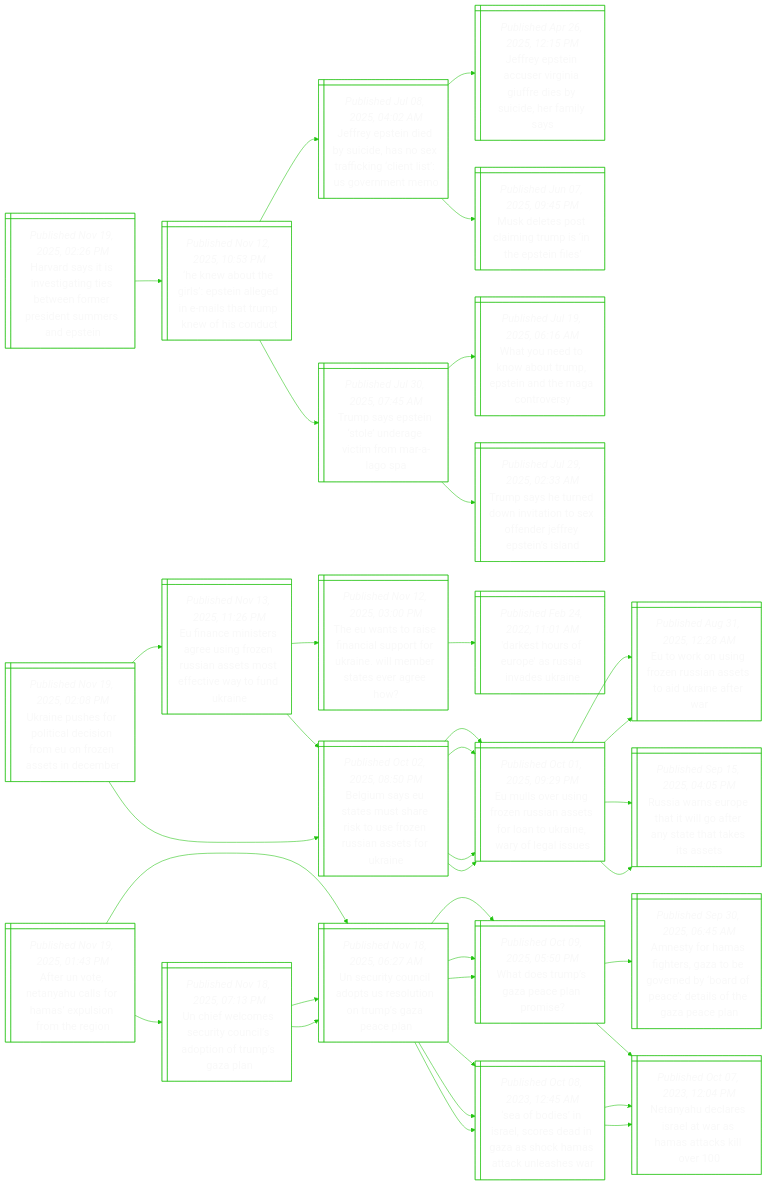
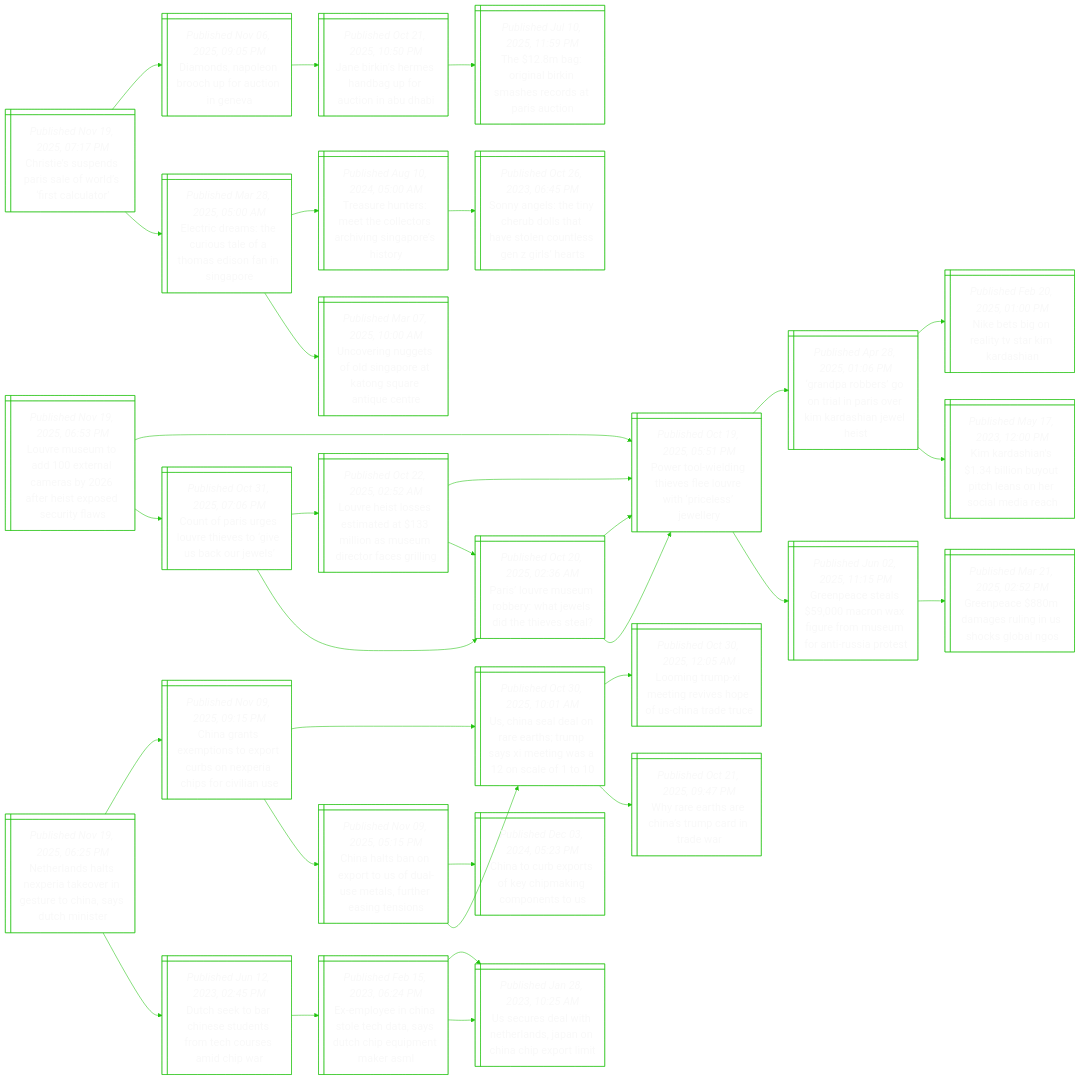
The diagram in README.md (notJmes/notJmes), drawn with Mermaid before and after one commit. The commit also changed other lines of this file, not shown here.

````diff
--- a/README.md
+++ b/README.md
@@ -16,118 +16,109 @@
 flowchart LR
 classDef txtsize font-size:20px;
 
-Hrsitiewopduspn@{ shape: win-pane, label: "_Published Nov 19, 2025, 02:26 PM_
-Harvard says it is investigating ties between former president summers and epstein" }
-HwtipngesTkfot@{ shape: win-pane, label: "_Published Nov 12, 2025, 10:53 PM_
-‘he knew about the girls’: epstein alleged in e-mails that trump knew of his conduct" }
-Jetisdntigntvem@{ shape: win-pane, label: "_Published Jul 08, 2025, 04:02 AM_
-Jeffrey epstein died by suicide, has no sex trafficking ‘client list’: us government memo" }
-Jetcriiebceiy@{ shape: win-pane, label: "_Published Apr 26, 2025, 12:15 PM_
-Jeffrey epstein accuser virginia giuffre dies by suicide, her family says" }
-MesciuiEie@{ shape: win-pane, label: "_Published Jun 07, 2025, 09:45 PM_
-Musk deletes post claiming trump is ‘in the epstein files’" }
-Tspnerifag@{ shape: win-pane, label: "_Published Jul 30, 2025, 07:45 AM_
-Trump says epstein ‘stole’ underage victim from mar-a-lago spa" }
-WodoumtnMov@{ shape: win-pane, label: "_Published Jul 19, 2025, 06:16 AM_
-What you need to know about trump, epstein and the maga controversy" }
-Tseentnxneyes@{ shape: win-pane, label: "_Published Jul 29, 2025, 02:33 AM_
-Trump says he turned down invitation to sex offender jeffrey epstein’s island" }
+Ctudieriaa@{ shape: win-pane, label: "_Published Nov 19, 2025, 07:17 PM_
+Christie’s suspends paris sale of world’s ‘first calculator’" }
+Dnpncotnv@{ shape: win-pane, label: "_Published Nov 06, 2025, 09:05 PM_
+Diamonds, napoleon brooch up for auction in geneva" }
+Jisedpunui@{ shape: win-pane, label: "_Published Oct 21, 2025, 10:50 PM_
+Jane birkin’s hermes handbag up for auction in abu dhabi" }
+TagBnhcait@{ shape: win-pane, label: "_Published Jul 10, 2025, 11:59 PM_
+The $12.8m bag: original birkin smashes records at paris auction" }
+Erehiaaasnnr@{ shape: win-pane, label: "_Published Mar 28, 2025, 05:00 AM_
+Electric dreams: the curious tale of a thomas edison fan in singapore" }
+TunMhlrhgaso@{ shape: win-pane, label: "_Published Aug 10, 2024, 05:00 AM_
+Treasure hunters: meet the collectors archiving singapore’s history" }
+SAsieohvlusZst@{ shape: win-pane, label: "_Published Oct 26, 2023, 06:45 PM_
+Sonny angels: the tiny cherub dolls that have stolen countless gen z girls’ hearts" }
+UentlgetqAut@{ shape: win-pane, label: "_Published Mar 07, 2025, 10:00 AM_
+Uncovering nuggets of old singapore at katong square antique centre" }
 
-Hrsitiewopduspn:::txtsize --> HwtipngesTkfot:::txtsize
-HwtipngesTkfot:::txtsize --> Jetisdntigntvem:::txtsize
-Jetisdntigntvem:::txtsize --> Jetcriiebceiy:::txtsize
-Jetisdntigntvem:::txtsize --> MesciuiEie:::txtsize
-HwtipngesTkfot:::txtsize --> Tspnerifag:::txtsize
-Tspnerifag:::txtsize --> WodoumtnMov:::txtsize
-Tspnerifag:::txtsize --> Tseentnxneyes:::txtsize
+Ctudieriaa:::txtsize --> Dnpncotnv:::txtsize
+Dnpncotnv:::txtsize --> Jisedpunui:::txtsize
+Jisedpunui:::txtsize --> TagBnhcait:::txtsize
+Ctudieriaa:::txtsize --> Erehiaaasnnr:::txtsize
+Erehiaaasnnr:::txtsize --> TunMhlrhgaso:::txtsize
+TunMhlrhgaso:::txtsize --> SAsieohvlusZst:::txtsize
+Erehiaaasnnr:::txtsize --> UentlgetqAut:::txtsize
 
-UnhrtdioneeDb@{ shape: win-pane, label: "_Published Nov 19, 2025, 02:08 PM_
-Ukraine pushes for political decision from eu on frozen assets in december" }
-Eaieriounttcwfke@{ shape: win-pane, label: "_Published Nov 13, 2025, 11:26 PM_
-Eu finance ministers agree using frozen russian assets most effective way to fund ukraine" }
-Twtsalorilbavrw@{ shape: win-pane, label: "_Published Nov 12, 2025, 03:00 PM_
-The eu wants to raise financial support for ukraine. will member states ever agree how?" }
-DsruasvUn@{ shape: win-pane, label: "_Published Feb 24, 2022, 11:01 AM_
-'darkest hours of europe' as russia invades ukraine" }
-Busauasszsaske@{ shape: win-pane, label: "_Published Oct 02, 2025, 08:50 PM_
-Belgium says eu states must share risk to use frozen russian assets for ukraine" }
-Elrgessfakeoau@{ shape: win-pane, label: "_Published Oct 01, 2025, 09:29 PM_
-Eu mulls over using frozen russian assets for loan to ukraine, wary of legal issues" }
-Elrgessfakeoau@{ shape: win-pane, label: "_Published Oct 01, 2025, 09:29 PM_
-Eu mulls over using frozen russian assets for loan to ukraine, wary of legal issues" }
-Busauasszsaske@{ shape: win-pane, label: "_Published Oct 02, 2025, 08:50 PM_
-Belgium says eu states must share risk to use frozen russian assets for ukraine" }
-Elrgessfakeoau@{ shape: win-pane, label: "_Published Oct 01, 2025, 09:29 PM_
-Eu mulls over using frozen russian assets for loan to ukraine, wary of legal issues" }
-Eoufnisoker@{ shape: win-pane, label: "_Published Aug 31, 2025, 12:28 AM_
-Eu to work on using frozen russian assets to aid ukraine after war" }
-Rasptlfnttss@{ shape: win-pane, label: "_Published Sep 15, 2025, 04:05 PM_
-Russia warns europe that it will go after any state that takes its assets" }
-Elrgessfakeoau@{ shape: win-pane, label: "_Published Oct 01, 2025, 09:29 PM_
-Eu mulls over using frozen russian assets for loan to ukraine, wary of legal issues" }
-Eoufnisoker@{ shape: win-pane, label: "_Published Aug 31, 2025, 12:28 AM_
-Eu to work on using frozen russian assets to aid ukraine after war" }
-Rasptlfnttss@{ shape: win-pane, label: "_Published Sep 15, 2025, 04:05 PM_
-Russia warns europe that it will go after any state that takes its assets" }
+Leudecafexdrl@{ shape: win-pane, label: "_Published Nov 19, 2025, 06:53 PM_
+Louvre museum to add 100 external cameras by 2026 after heist exposed security flaws" }
+Ptineluiisey@{ shape: win-pane, label: "_Published Oct 19, 2025, 05:51 PM_
+Power tool-wielding thieves flee louvre with ‘priceless’ jewellery" }
+GpboiPoidaes@{ shape: win-pane, label: "_Published Apr 28, 2025, 01:06 PM_
+‘grandpa robbers’ go on trial in paris over kim kardashian jewel heist" }
+NegaTrah@{ shape: win-pane, label: "_Published Feb 20, 2025, 01:00 PM_
+Nike bets big on reality tv star kim kardashian" }
+Kriinucneida@{ shape: win-pane, label: "_Published May 17, 2023, 12:00 PM_
+Kim kardashian's $1.34 billion buyout pitch leans on her social media reach" }
+Gpssofemmnsrt@{ shape: win-pane, label: "_Published Jun 02, 2025, 11:15 PM_
+Greenpeace steals $59,000 macron wax figure from museum for anti-russia protest" }
+GpmglnolN@{ shape: win-pane, label: "_Published Mar 21, 2025, 02:52 PM_
+Greenpeace $880m damages ruling in us shocks global ngos" }
+Coievitecjs@{ shape: win-pane, label: "_Published Oct 31, 2025, 07:06 PM_
+Count of paris urges louvre thieves to ‘give us back our jewels’" }
+Leteidlaerrsl@{ shape: win-pane, label: "_Published Oct 22, 2025, 02:52 AM_
+Louvre heist losses estimated at $133 million as museum director faces grilling" }
+Ptineluiisey@{ shape: win-pane, label: "_Published Oct 19, 2025, 05:51 PM_
+Power tool-wielding thieves flee louvre with ‘priceless’ jewellery" }
+PLeubhwitea@{ shape: win-pane, label: "_Published Oct 20, 2025, 02:36 AM_
+Paris’ louvre museum robbery: what jewels did the thieves steal?" }
+PLeubhwitea@{ shape: win-pane, label: "_Published Oct 20, 2025, 02:36 AM_
+Paris’ louvre museum robbery: what jewels did the thieves steal?" }
+Ptineluiisey@{ shape: win-pane, label: "_Published Oct 19, 2025, 05:51 PM_
+Power tool-wielding thieves flee louvre with ‘priceless’ jewellery" }
+Ptineluiisey@{ shape: win-pane, label: "_Published Oct 19, 2025, 05:51 PM_
+Power tool-wielding thieves flee louvre with ‘priceless’ jewellery" }
 
-UnhrtdioneeDb:::txtsize --> Eaieriounttcwfke:::txtsize
-Eaieriounttcwfke:::txtsize --> Twtsalorilbavrw:::txtsize
-Twtsalorilbavrw:::txtsize --> DsruasvUn:::txtsize
-Eaieriounttcwfke:::txtsize --> Busauasszsaske:::txtsize
-Busauasszsaske:::txtsize --> Elrgessfakeoau:::txtsize
-Busauasszsaske:::txtsize --> Elrgessfakeoau:::txtsize
-UnhrtdioneeDb:::txtsize --> Busauasszsaske:::txtsize
-Busauasszsaske:::txtsize --> Elrgessfakeoau:::txtsize
-Elrgessfakeoau:::txtsize --> Eoufnisoker:::txtsize
-Elrgessfakeoau:::txtsize --> Rasptlfnttss:::txtsize
-Busauasszsaske:::txtsize --> Elrgessfakeoau:::txtsize
-Elrgessfakeoau:::txtsize --> Eoufnisoker:::txtsize
-Elrgessfakeoau:::txtsize --> Rasptlfnttss:::txtsize
+Leudecafexdrl:::txtsize --> Ptineluiisey:::txtsize
+Ptineluiisey:::txtsize --> GpboiPoidaes:::txtsize
+GpboiPoidaes:::txtsize --> NegaTrah:::txtsize
+GpboiPoidaes:::txtsize --> Kriinucneida:::txtsize
+Ptineluiisey:::txtsize --> Gpssofemmnsrt:::txtsize
+Gpssofemmnsrt:::txtsize --> GpmglnolN:::txtsize
+Leudecafexdrl:::txtsize --> Coievitecjs:::txtsize
+Coievitecjs:::txtsize --> Leteidlaerrsl:::txtsize
+Leteidlaerrsl:::txtsize --> Ptineluiisey:::txtsize
+Leteidlaerrsl:::txtsize --> PLeubhwitea:::txtsize
+Coievitecjs:::txtsize --> PLeubhwitea:::txtsize
+PLeubhwitea:::txtsize --> Ptineluiisey:::txtsize
+PLeubhwitea:::txtsize --> Ptineluiisey:::txtsize
 
-AUencfmpome@{ shape: win-pane, label: "_Published Nov 19, 2025, 01:43 PM_
-After un vote, netanyahu calls for hamas’ expulsion from the region" }
-UuCipruomzcn@{ shape: win-pane, label: "_Published Nov 18, 2025, 06:27 AM_
-Un security council adopts us resolution on trump’s gaza peace plan" }
-Wouaaam@{ shape: win-pane, label: "_Published Oct 09, 2025, 05:50 PM_
-What does trump’s gaza peace plan promise?" }
-AtHfezerydatoGel@{ shape: win-pane, label: "_Published Sep 30, 2025, 06:45 AM_
-Amnesty for hamas fighters, gaza to be governed by ‘board of peace’: details of the gaza peace plan" }
-NyeeawHakl@{ shape: win-pane, label: "_Published Oct 07, 2023, 12:04 PM_
-Netanyahu declares israel at war as hamas attacks kill over 100" }
-Sbsrcdnacaale@{ shape: win-pane, label: "_Published Oct 08, 2023, 12:45 AM_
-‘sea of bodies’ in israel, scores dead in gaza as shock hamas attack unleashes war" }
-NyeeawHakl@{ shape: win-pane, label: "_Published Oct 07, 2023, 12:04 PM_
-Netanyahu declares israel at war as hamas attacks kill over 100" }
-NyeeawHakl@{ shape: win-pane, label: "_Published Oct 07, 2023, 12:04 PM_
-Netanyahu declares israel at war as hamas attacks kill over 100" }
-UecSiustfpa@{ shape: win-pane, label: "_Published Nov 18, 2025, 07:13 PM_
-Un chief welcomes security council’s adoption of trump’s gaza plan" }
-UuCipruomzcn@{ shape: win-pane, label: "_Published Nov 18, 2025, 06:27 AM_
-Un security council adopts us resolution on trump’s gaza peace plan" }
-Wouaaam@{ shape: win-pane, label: "_Published Oct 09, 2025, 05:50 PM_
-What does trump’s gaza peace plan promise?" }
-Sbsrcdnacaale@{ shape: win-pane, label: "_Published Oct 08, 2023, 12:45 AM_
-‘sea of bodies’ in israel, scores dead in gaza as shock hamas attack unleashes war" }
-UuCipruomzcn@{ shape: win-pane, label: "_Published Nov 18, 2025, 06:27 AM_
-Un security council adopts us resolution on trump’s gaza peace plan" }
-Wouaaam@{ shape: win-pane, label: "_Published Oct 09, 2025, 05:50 PM_
-What does trump’s gaza peace plan promise?" }
-Sbsrcdnacaale@{ shape: win-pane, label: "_Published Oct 08, 2023, 12:45 AM_
-‘sea of bodies’ in israel, scores dead in gaza as shock hamas attack unleashes war" }
+Nrsseaeeeiyci@{ shape: win-pane, label: "_Published Nov 19, 2025, 06:25 PM_
+Netherlands halts nexperia takeover in gesture to china, says dutch minister" }
+Cgspspunehoiu@{ shape: win-pane, label: "_Published Nov 09, 2025, 09:15 PM_
+China grants exemptions to export curbs on nexperia chips for civilian use" }
+Unloehmsewne@{ shape: win-pane, label: "_Published Oct 30, 2025, 10:01 AM_
+Us, china seal deal on rare earths; trump says xi meeting was a 12 on scale of 1 to 10" }
+LnmegvpSaee@{ shape: win-pane, label: "_Published Oct 30, 2025, 12:05 AM_
+Looming trump-xi meeting revives hope of us-china trade truce" }
+Wrteamdar@{ shape: win-pane, label: "_Published Oct 21, 2025, 09:47 PM_
+Why rare earths are china’s trump card in trade war" }
+Chbetolefeins@{ shape: win-pane, label: "_Published Nov 09, 2025, 05:15 PM_
+China halts ban on export to us of dual-use metals, further easing tensions" }
+CtbrkiimnU@{ shape: win-pane, label: "_Published Dec 03, 2024, 05:23 PM_
+China to curb exports of key chipmaking components to us" }
+Unloehmsewne@{ shape: win-pane, label: "_Published Oct 30, 2025, 10:01 AM_
+Us, china seal deal on rare earths; trump says xi meeting was a 12 on scale of 1 to 10" }
+Dsoheercrmi@{ shape: win-pane, label: "_Published Jun 12, 2023, 02:45 PM_
+Dutch seek to bar chinese students from tech courses amid chip war" }
+ElinlhsuhuneL@{ shape: win-pane, label: "_Published Feb 15, 2023, 06:24 PM_
+Ex-employee in china stole tech data, says dutch chip equipment maker asml" }
+UuethnpCcxl@{ shape: win-pane, label: "_Published Jan 28, 2023, 10:25 AM_
+Us secures deal with netherlands, japan on china chip export limit" }
+UuethnpCcxl@{ shape: win-pane, label: "_Published Jan 28, 2023, 10:25 AM_
+Us secures deal with netherlands, japan on china chip export limit" }
 
-AUencfmpome:::txtsize --> UuCipruomzcn:::txtsize
-UuCipruomzcn:::txtsize --> Wouaaam:::txtsize
-Wouaaam:::txtsize --> AtHfezerydatoGel:::txtsize
-Wouaaam:::txtsize --> NyeeawHakl:::txtsize
-UuCipruomzcn:::txtsize --> Sbsrcdnacaale:::txtsize
-Sbsrcdnacaale:::txtsize --> NyeeawHakl:::txtsize
-Sbsrcdnacaale:::txtsize --> NyeeawHakl:::txtsize
-AUencfmpome:::txtsize --> UecSiustfpa:::txtsize
-UecSiustfpa:::txtsize --> UuCipruomzcn:::txtsize
-UuCipruomzcn:::txtsize --> Wouaaam:::txtsize
-UuCipruomzcn:::txtsize --> Sbsrcdnacaale:::txtsize
-UecSiustfpa:::txtsize --> UuCipruomzcn:::txtsize
-UuCipruomzcn:::txtsize --> Wouaaam:::txtsize
-UuCipruomzcn:::txtsize --> Sbsrcdnacaale:::txtsize
+Nrsseaeeeiyci:::txtsize --> Cgspspunehoiu:::txtsize
+Cgspspunehoiu:::txtsize --> Unloehmsewne:::txtsize
+Unloehmsewne:::txtsize --> LnmegvpSaee:::txtsize
+Unloehmsewne:::txtsize --> Wrteamdar:::txtsize
+Cgspspunehoiu:::txtsize --> Chbetolefeins:::txtsize
+Chbetolefeins:::txtsize --> CtbrkiimnU:::txtsize
+Chbetolefeins:::txtsize --> Unloehmsewne:::txtsize
+Nrsseaeeeiyci:::txtsize --> Dsoheercrmi:::txtsize
+Dsoheercrmi:::txtsize --> ElinlhsuhuneL:::txtsize
+ElinlhsuhuneL:::txtsize --> UuethnpCcxl:::txtsize
+ElinlhsuhuneL:::txtsize --> UuethnpCcxl:::txtsize
 
 ```
````
